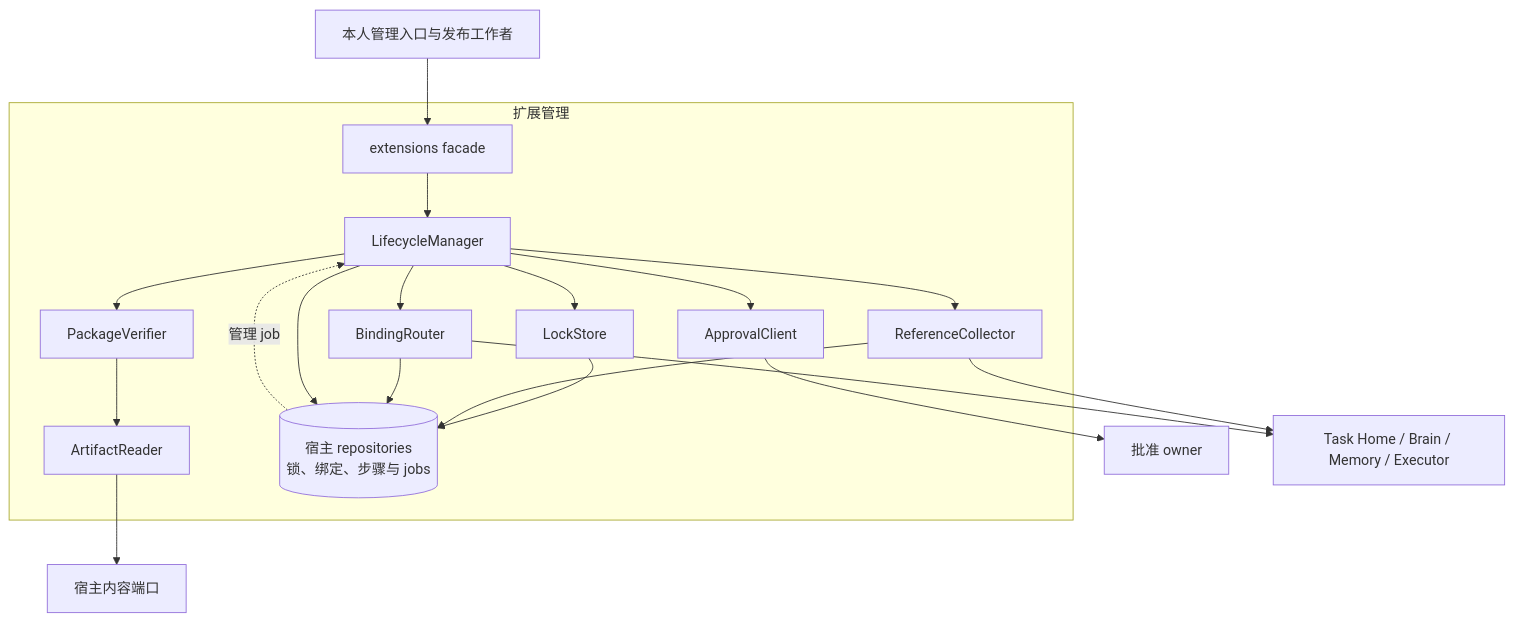
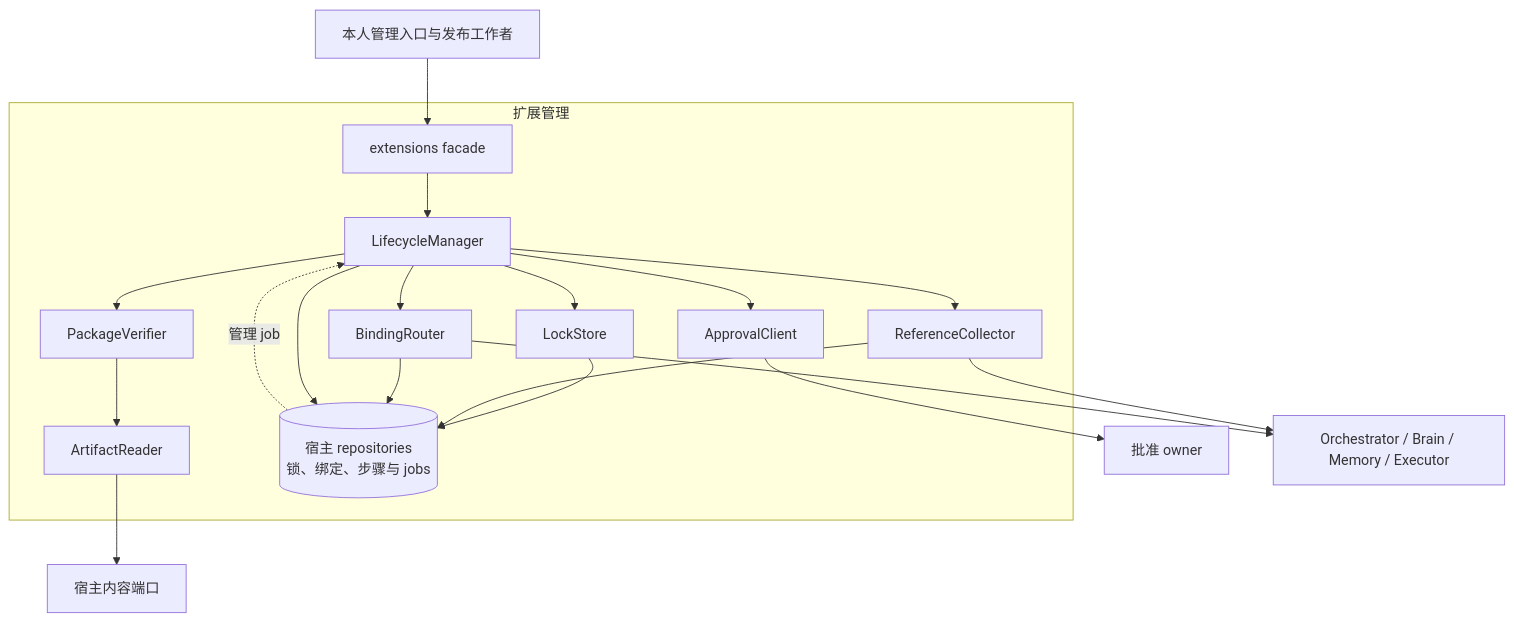
One commit to ruipengliu/lerna changed the first of 4 diagrams in docs/architecture/extensions/implementation.md. Above: the diagram before and after it, drawn with Mermaid. The commit also changed other lines of this file and 174 other files, not shown here.

Commit message:
docs: rename task runtime to orchestrator

````diff
--- a/docs/architecture/extensions/implementation.md
+++ b/docs/architecture/extensions/implementation.md
@@ -38,35 +38,35 @@
 ```mermaid
 flowchart TB
     Caller[本人管理入口与发布工作者]
     Content[宿主内容端口]
     Approval[批准 owner]
-    Domain[Task Home / Brain / Memory / Executor]
+    Domain[Orchestrator / Brain / Memory / Executor]
     subgraph Extension[扩展管理]
       F[extensions facade]
       M[LifecycleManager]
       V[PackageVerifier]
       A[ArtifactReader]
       L[LockStore]
       R[ReferenceCollector]
       P[ApprovalClient]
       B[BindingRouter]
       S[(宿主 repositories<br/>锁、绑定、步骤与 jobs)]
       F --> M
       M --> V
       V --> A
       M --> L
       M --> R
       M --> P
       M --> B
       L --> S
       R --> S
       B --> S
       M --> S
       S -.->|管理 job| M
     end
     Caller --> F
     A --> Content
     P --> Approval
     R --> Domain
     B --> Domain
 ```
````
